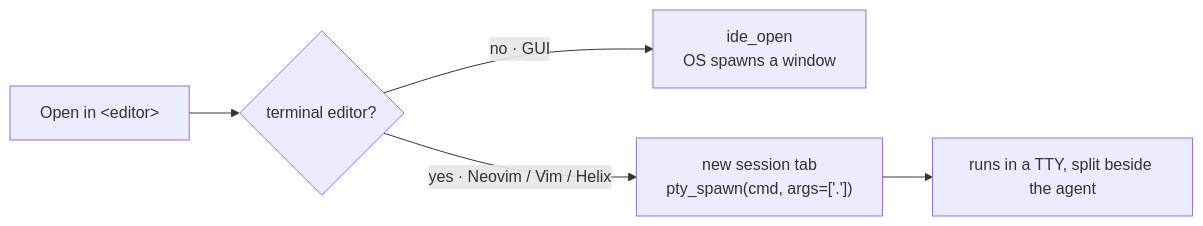
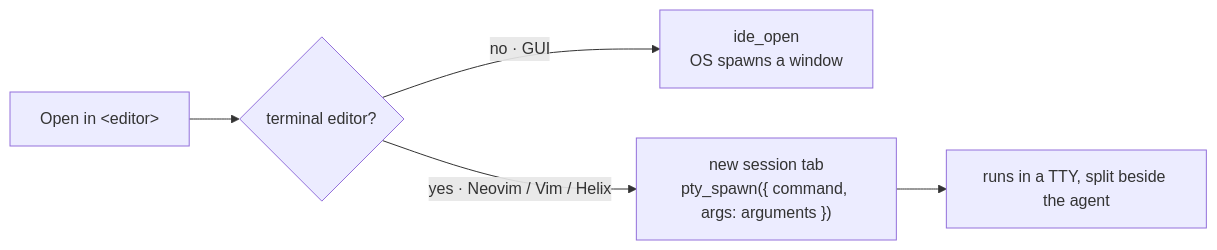
The fifth of 7 diagrams in ARCHITECTURE.md (avi12/pade), drawn with Mermaid before and after one commit. The commit also changed other lines of this file and 15 other files, not shown here.

````diff
--- a/ARCHITECTURE.md
+++ b/ARCHITECTURE.md
@@ -221,7 +221,7 @@
 ```mermaid
 flowchart LR
   Click["Open in &lt;editor&gt;"] --> Q{"terminal editor?"}
   Q -->|"no · GUI"| OSopen["ide_open<br/>OS spawns a window"]
-  Q -->|"yes · Neovim / Vim / Helix"| Tab["new session tab<br/>pty_spawn(cmd, args=['.'])"]
+  Q -->|"yes · Neovim / Vim / Helix"| Tab["new session tab<br/>pty_spawn({ command, args: arguments })"]
   Tab --> Beside["runs in a TTY, split beside the agent"]
 ```
````
